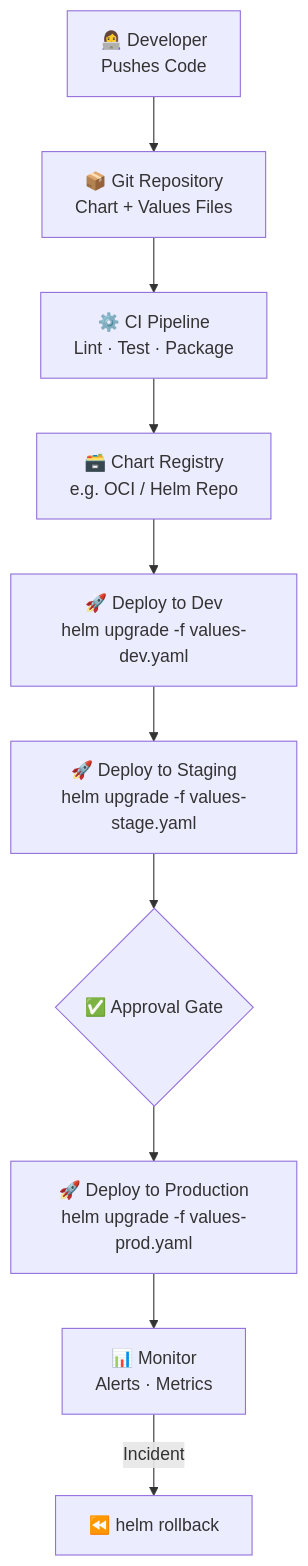
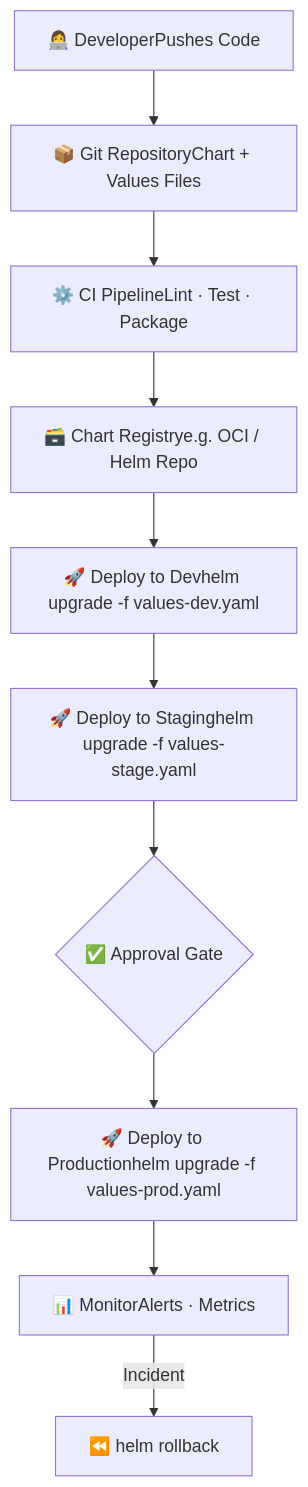
One commit to mihisara-koralage/linux-basics-notes changed the second of 2 diagrams in day060-Kubernetes-Helm-Advanced.md. Above: the diagram before and after it, drawn with Mermaid.

Commit message:
Fix formatting issues in Helm workflow diagram

````diff
--- a/day060-Kubernetes-Helm-Advanced.md
+++ b/day060-Kubernetes-Helm-Advanced.md
@@ -143,12 +143,12 @@
 ```mermaid
 flowchart TD
-    Dev[👩‍💻 Developer\nPushes Code] --> Git[📦 Git Repository\nChart + Values Files]
-    Git --> CI[⚙️ CI Pipeline\nLint · Test · Package]
-    CI --> Reg[🗃️ Chart Registry\ne.g. OCI / Helm Repo]
-    Reg --> CD_Dev[🚀 Deploy to Dev\nhelm upgrade -f values-dev.yaml]
-    CD_Dev --> CD_Stage[🚀 Deploy to Staging\nhelm upgrade -f values-stage.yaml]
+    Dev["👩‍💻 DeveloperPushes Code"] --> Git["📦 Git RepositoryChart + Values Files"]
+    Git --> CI["⚙️ CI PipelineLint · Test · Package"]
+    CI --> Reg["🗃️ Chart Registrye.g. OCI / Helm Repo"]
+    Reg --> CD_Dev["🚀 Deploy to Devhelm upgrade -f values-dev.yaml"]
+    CD_Dev --> CD_Stage["🚀 Deploy to Staginghelm upgrade -f values-stage.yaml"]
     CD_Stage --> Approve{✅ Approval Gate}
-    Approve --> CD_Prod[🚀 Deploy to Production\nhelm upgrade -f values-prod.yaml]
-    CD_Prod --> Monitor[📊 Monitor\nAlerts · Metrics]
+    Approve --> CD_Prod["🚀 Deploy to Productionhelm upgrade -f values-prod.yaml"]
+    CD_Prod --> Monitor["📊 MonitorAlerts · Metrics"]
     Monitor -->|Incident| Rollback[⏪ helm rollback]
 ```
````
